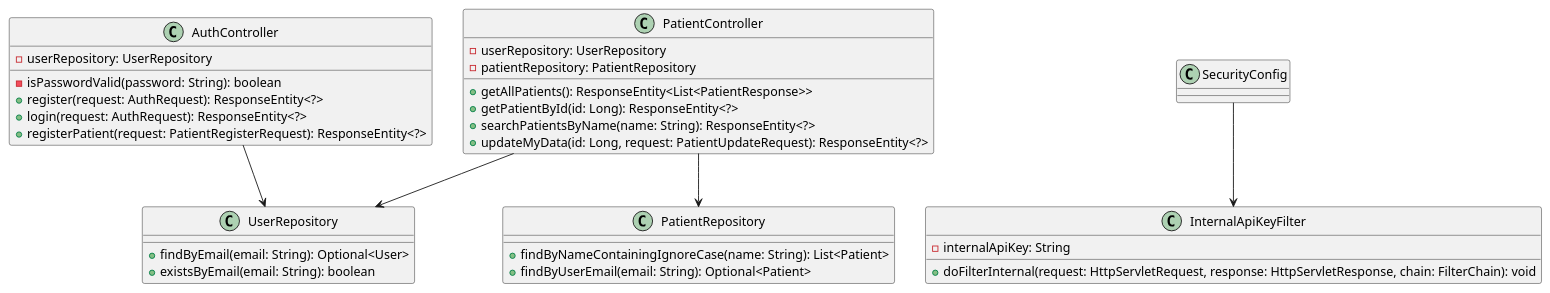
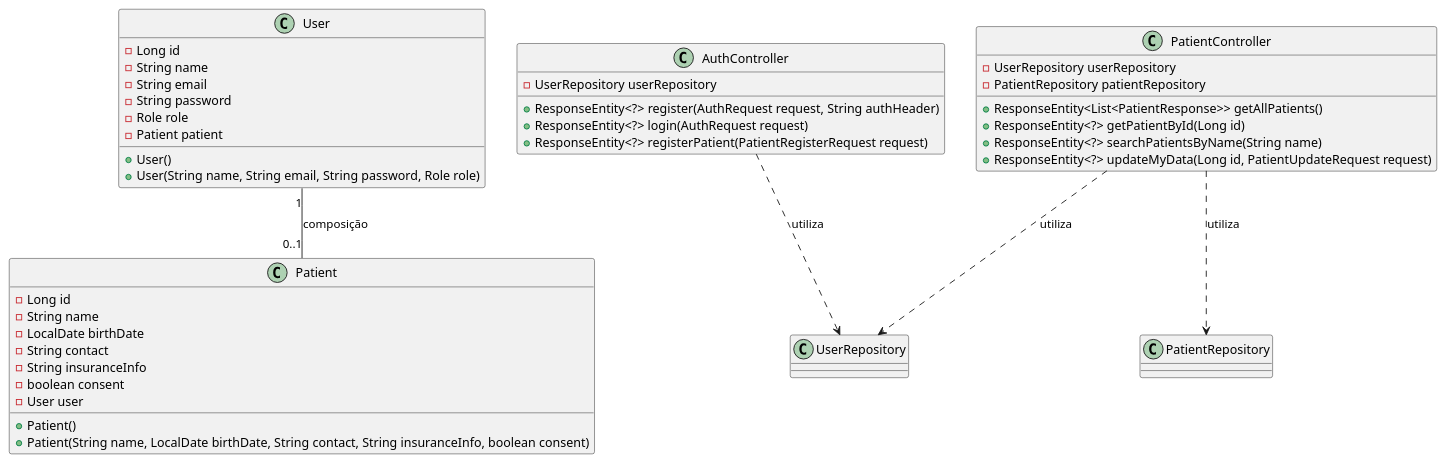
One commit to LucasSantanaAraujo/Distributed-System-Healthcare-Administration-Platform changed the diagram in clinic/clients-service/docs/CD.puml. Above: the diagram before and after it, drawn with PlantUML. The commit also changed 8 other files, not shown here.

Commit message:
Diagrama de classes, sequencia, container e system context

```diff
--- a/clinic/clients-service/docs/CD.puml
+++ b/clinic/clients-service/docs/CD.puml
@@ -1,38 +1,45 @@
-@startuml Class Diagram - Clients-Service
+@startuml UML Class Diagram - Clients-Service
+class User {
+    - Long id
+    - String name
+    - String email
+    - String password
+    - Role role
+    - Patient patient
+    + User()
+    + User(String name, String email, String password, Role role)
+}
+
+class Patient {
+    - Long id
+    - String name
+    - LocalDate birthDate
+    - String contact
+    - String insuranceInfo
+    - boolean consent
+    - User user
+    + Patient()
+    + Patient(String name, LocalDate birthDate, String contact, String insuranceInfo, boolean consent)
+}
+
 class AuthController {
-    - userRepository: UserRepository
-    - isPasswordValid(password: String): boolean
-    + register(request: AuthRequest): ResponseEntity<?>
-    + login(request: AuthRequest): ResponseEntity<?>
-    + registerPatient(request: PatientRegisterRequest): ResponseEntity<?>
+    - UserRepository userRepository
+    + ResponseEntity<?> register(AuthRequest request, String authHeader)
+    + ResponseEntity<?> login(AuthRequest request)
+    + ResponseEntity<?> registerPatient(PatientRegisterRequest request)
 }
 
 class PatientController {
-    - userRepository: UserRepository
-    - patientRepository: PatientRepository
-    + getAllPatients(): ResponseEntity<List<PatientResponse>>
-    + getPatientById(id: Long): ResponseEntity<?>
-    + searchPatientsByName(name: String): ResponseEntity<?>
-    + updateMyData(id: Long, request: PatientUpdateRequest): ResponseEntity<?>
+    - UserRepository userRepository
+    - PatientRepository patientRepository
+    + ResponseEntity<List<PatientResponse>> getAllPatients()
+    + ResponseEntity<?> getPatientById(Long id)
+    + ResponseEntity<?> searchPatientsByName(String name)
+    + ResponseEntity<?> updateMyData(Long id, PatientUpdateRequest request)
 }
 
-class UserRepository {
-    + findByEmail(email: String): Optional<User>
-    + existsByEmail(email: String): boolean
-}
-
-class PatientRepository {
-    + findByNameContainingIgnoreCase(name: String): List<Patient>
-    + findByUserEmail(email: String): Optional<Patient>
-}
-
-class InternalApiKeyFilter {
-    - internalApiKey: String
-    + doFilterInternal(request: HttpServletRequest, response: HttpServletResponse, chain: FilterChain): void
-}
-
-AuthController --> UserRepository
-PatientController --> UserRepository
-PatientController --> PatientRepository
-SecurityConfig --> InternalApiKeyFilter
+User "1" -- "0..1" Patient : composição
+AuthController ..> UserRepository : utiliza
+PatientController ..> UserRepository : utiliza
+PatientController ..> PatientRepository : utiliza
 @enduml
```
